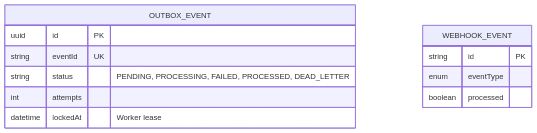
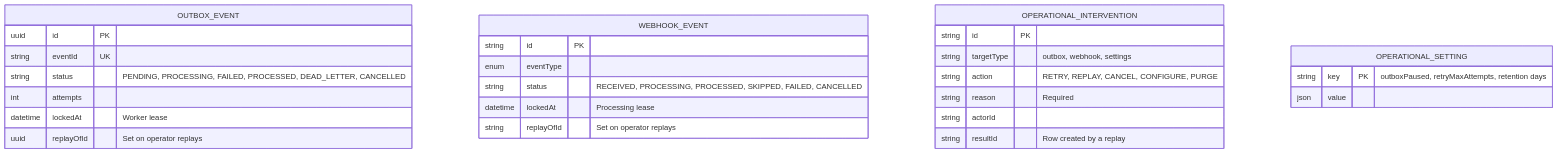
Before and after one commit to Noman-Ahmed-Khan/omni-support: the ninth of 9 diagrams in README.md, drawn with Mermaid. The commit also changed other lines of this file, not shown here.

````diff
--- a/README.md
+++ b/README.md
@@ -410,18 +503,35 @@
 ```mermaid
 erDiagram
     direction TB
 
     OUTBOX_EVENT {
         uuid id PK
         string eventId UK
-        string status "PENDING, PROCESSING, FAILED, PROCESSED, DEAD_LETTER"
+        string status "PENDING, PROCESSING, FAILED, PROCESSED, DEAD_LETTER, CANCELLED"
         int attempts
         datetime lockedAt "Worker lease"
+        uuid replayOfId "Set on operator replays"
     }
 
     WEBHOOK_EVENT {
         string id PK
         enum eventType
-        boolean processed
+        string status "RECEIVED, PROCESSING, PROCESSED, SKIPPED, FAILED, CANCELLED"
+        datetime lockedAt "Processing lease"
+        string replayOfId "Set on operator replays"
+    }
+
+    OPERATIONAL_INTERVENTION {
+        string id PK
+        string targetType "outbox, webhook, settings"
+        string action "RETRY, REPLAY, CANCEL, CONFIGURE, PURGE"
+        string reason "Required"
+        string actorId
+        string resultId "Row created by a replay"
+    }
+
+    OPERATIONAL_SETTING {
+        string key PK "outboxPaused, retryMaxAttempts, retention days"
+        json value
     }
 ```
````
